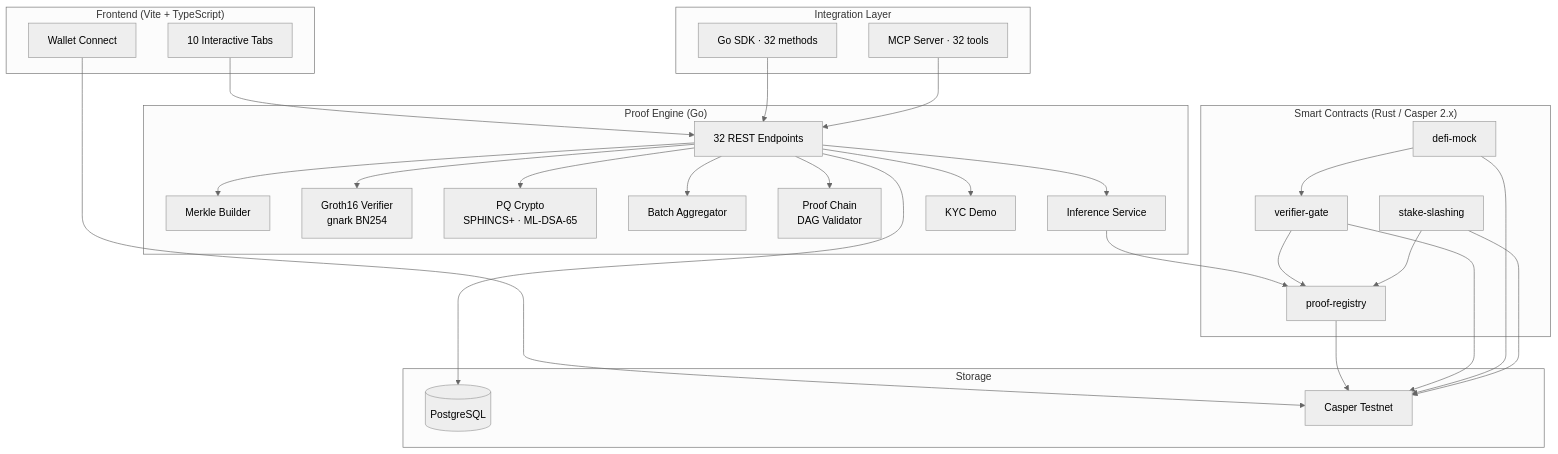
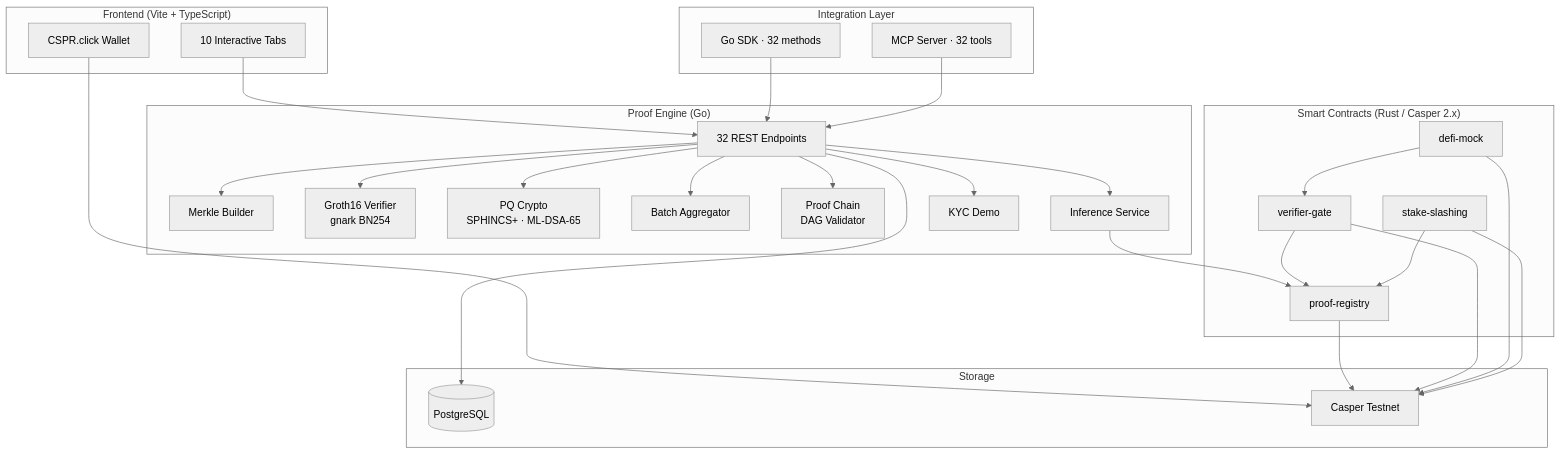
The first of 5 diagrams in docs/ARCHITECTURE.md (anna-stolbovskaja/CasperProver), drawn with Mermaid (neutral theme) before and after one commit. The commit also changed 6 other files, not shown here.

````diff
--- a/docs/ARCHITECTURE.md
+++ b/docs/ARCHITECTURE.md
@@ -5,47 +5,47 @@
 ```mermaid
 graph TB
     subgraph "Frontend (Vite + TypeScript)"
         UI[10 Interactive Tabs]
-        WC[Wallet Connect]
+        WC[CSPR.click Wallet]
     end
 
     subgraph "Proof Engine (Go)"
         API[32 REST Endpoints]
         MK[Merkle Builder]
         ZK[Groth16 Verifier<br/>gnark BN254]
         PQ[PQ Crypto<br/>SPHINCS+ · ML-DSA-65]
         AG[Batch Aggregator]
         PC[Proof Chain<br/>DAG Validator]
         INF[Inference Service]
         KYC[KYC Demo]
     end
 
     subgraph "Smart Contracts (Rust / Casper 2.x)"
         PR[proof-registry]
         VG[verifier-gate]
         DM[defi-mock]
         SS[stake-slashing]
     end
 
     subgraph "Integration Layer"
         SDK[Go SDK · 32 methods]
         MCP[MCP Server · 32 tools]
     end
 
     subgraph "Storage"
         PG[(PostgreSQL)]
         CS[Casper Testnet]
     end
 
     UI --> API
     WC --> CS
     API --> MK & ZK & PQ & AG & PC & INF & KYC
     INF --> PR
     VG --> PR
     DM --> VG
     SS --> PR
     API --> PG
     SDK --> API
     MCP --> API
     PR & VG & DM & SS --> CS
 ```
````
